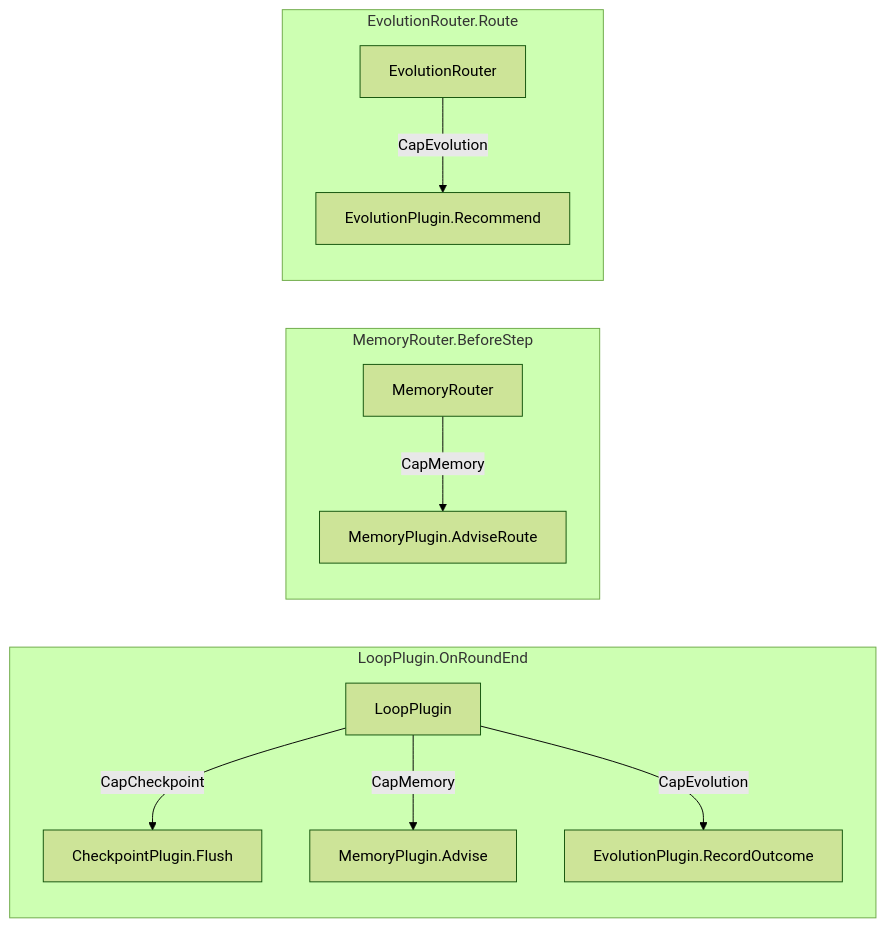
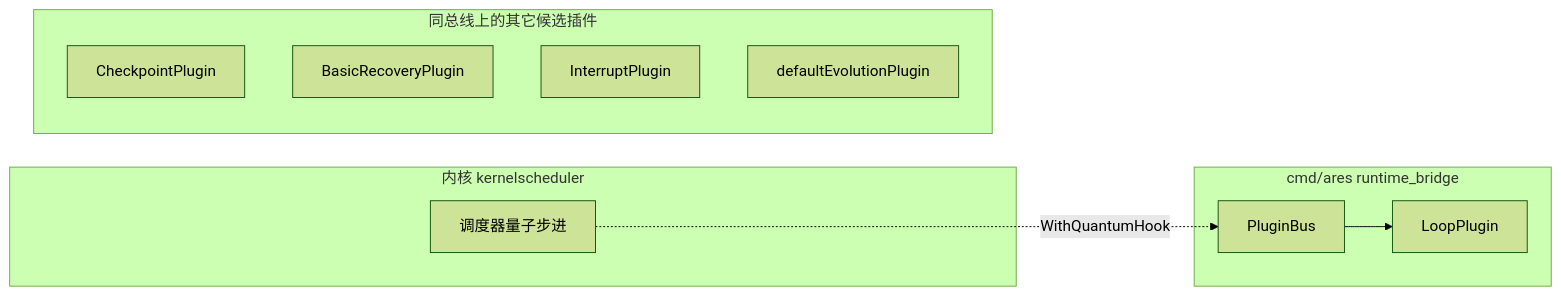
The third of 3 diagrams in docs/articles/zh/14-plugin-system-deep-dive.md (Timwood0x10/ARES), drawn with Mermaid (forest theme) before and after one commit. The commit also changed other lines of this file and 2423 other files, not shown here.

````diff
--- a/docs/articles/zh/14-plugin-system-deep-dive.md
+++ b/docs/articles/zh/14-plugin-system-deep-dive.md
@@ -362,16 +152,18 @@
 ```mermaid
-graph LR
-    subgraph "LoopPlugin.OnRoundEnd"
-        L[LoopPlugin] -->|CapCheckpoint| CP[CheckpointPlugin.Flush]
-        L -->|CapMemory| MEM[MemoryPlugin.Advise]
-        L -->|CapEvolution| EVO[EvolutionPlugin.RecordOutcome]
+flowchart LR
+    subgraph 内核层[内核 kernelscheduler]
+        QS[调度器量子步进]
     end
-
-    subgraph "MemoryRouter.BeforeStep"
-        MR[MemoryRouter] -->|CapMemory| MEM2[MemoryPlugin.AdviseRoute]
+    subgraph 装配层[cmd/ares runtime_bridge]
+        BUS[PluginBus]
+        LOOP[LoopPlugin]
     end
-
-    subgraph "EvolutionRouter.Route"
-        ER[EvolutionRouter] -->|CapEvolution| EVO2[EvolutionPlugin.Recommend]
+    QS -. WithQuantumHook .-> BUS
+    BUS --> LOOP
+    subgraph 关注点[同总线上的其它候选插件]
+        CP[CheckpointPlugin]
+        REC[BasicRecoveryPlugin]
+        IRQ[InterruptPlugin]
+        EV[defaultEvolutionPlugin]
     end
 ```
````
